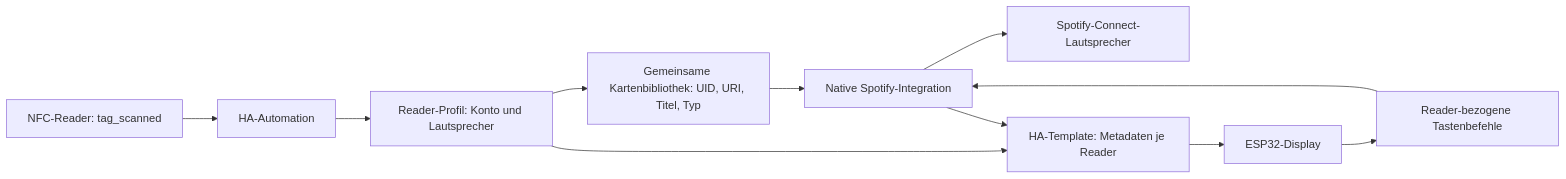
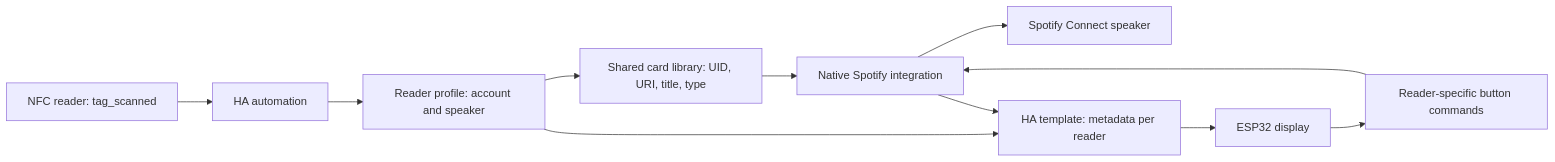
One commit to cornholio1234/HASS_NFC changed the diagram in docs/ARCHITECTURE.md. Above: the diagram before and after it, drawn with Mermaid. The commit also changed other lines of this file and 52 other files, not shown here.

````diff
--- a/docs/ARCHITECTURE.md
+++ b/docs/ARCHITECTURE.md
@@ -5,13 +5,13 @@
 ```mermaid
 flowchart LR
-  R[NFC-Reader: tag_scanned] --> A[HA-Automation]
-  A --> P[Reader-Profil: Konto und Lautsprecher]
-  P --> C[Gemeinsame Kartenbibliothek: UID, URI, Titel, Typ]
-  C --> S[Native Spotify-Integration]
-  S --> L[Spotify-Connect-Lautsprecher]
-  P --> T[HA-Template: Metadaten je Reader]
+  R[NFC reader: tag_scanned] --> A[HA automation]
+  A --> P[Reader profile: account and speaker]
+  P --> C[Shared card library: UID, URI, title, type]
+  C --> S[Native Spotify integration]
+  S --> L[Spotify Connect speaker]
+  P --> T[HA template: metadata per reader]
   S --> T
-  T --> D[ESP32-Display]
-  D --> B[Reader-bezogene Tastenbefehle]
+  T --> D[ESP32 display]
+  D --> B[Reader-specific button commands]
   B --> S
 ```
````
